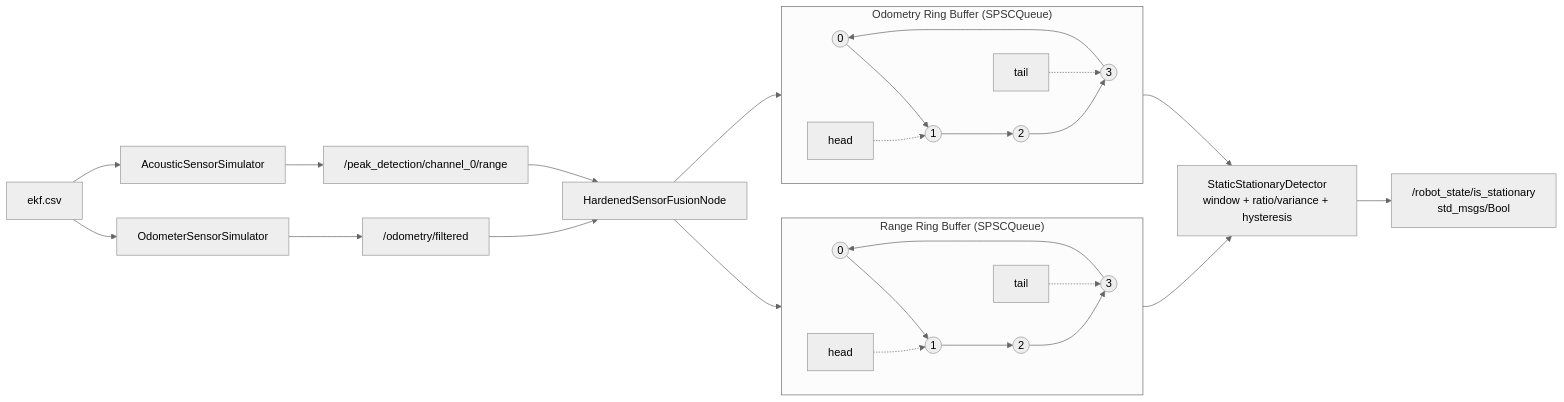
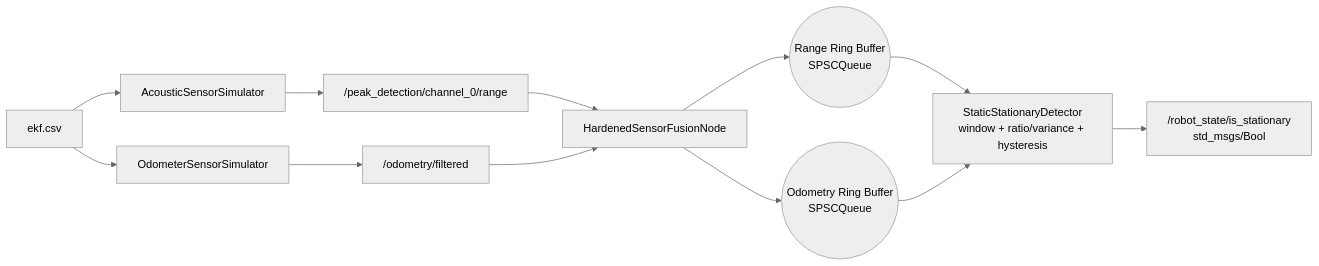
The first of 2 diagrams in README.md (afatom/robot-stationary-fusion), drawn with Mermaid (neutral theme) before and after one commit. The commit also changed other lines of this file, not shown here.

Commit message:
circle ring buffer visualization

````diff
--- a/README.md
+++ b/README.md
@@ -36,35 +36,23 @@
 ```mermaid
 flowchart LR
    CSV["ekf.csv"]
    RNode["AcousticSensorSimulator"]
    ONode["OdometerSensorSimulator"]
    RTopic["/peak_detection/channel_0/range"]
    OTopic["/odometry/filtered"]
    HFN["HardenedSensorFusionNode"]
+   RBuf(("Range Ring Buffer<br/>SPSCQueue<StaticTimeStampedValue>"))
+   OBuf(("Odometry Ring Buffer<br/>SPSCQueue<StaticTimeStampedValue>"))
    Det["StaticStationaryDetector\nwindow + ratio/variance + hysteresis"]
    Out["/robot_state/is_stationary\nstd_msgs/Bool"]
-
-      subgraph RBuf["Range Ring Buffer (SPSCQueue)"]
-         direction LR
-         RR0(("0")) --> RR1(("1")) --> RR2(("2")) --> RR3(("3")) --> RR0
-         RRH["head"] -.-> RR1
-         RRT["tail"] -.-> RR3
-      end
-
-      subgraph OBuf["Odometry Ring Buffer (SPSCQueue)"]
-         direction LR
-         OO0(("0")) --> OO1(("1")) --> OO2(("2")) --> OO3(("3")) --> OO0
-         OOH["head"] -.-> OO1
-         OOT["tail"] -.-> OO3
-      end
 
    CSV --> RNode
    CSV --> ONode
    RNode --> RTopic --> HFN
    ONode --> OTopic --> HFN
-      HFN --> RR0
-      HFN --> OO0
-      RR2 --> Det
-      OO2 --> Det
+   HFN --> RBuf
+   HFN --> OBuf
+   RBuf --> Det
+   OBuf --> Det
    Det --> Out
 ```
````
